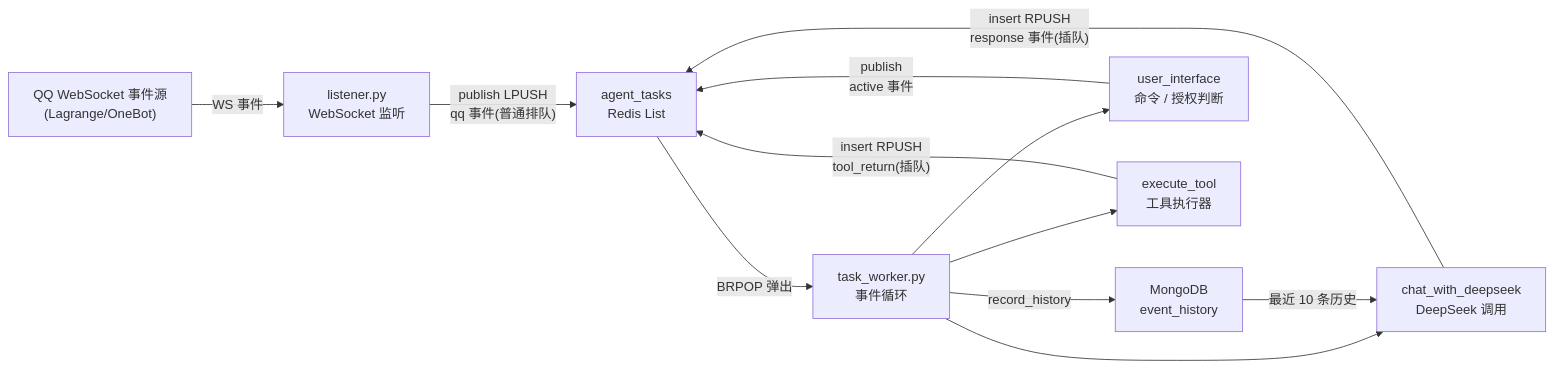
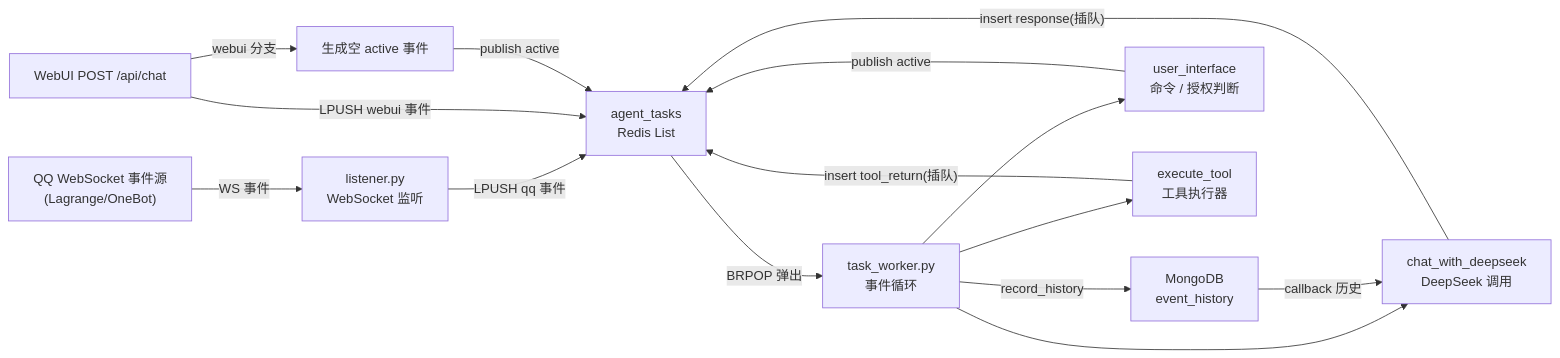
One commit to g-Ironfox/AAgent changed the diagram in docs/01-系统架构.md. Above: the diagram before and after it, drawn with Mermaid. The commit also changed other lines of this file and 13 other files, not shown here.

````diff
--- a/docs/01-系统架构.md
+++ b/docs/01-系统架构.md
@@ -34,14 +34,17 @@
 ```mermaid
 flowchart LR
     WS["QQ WebSocket 事件源<br/>(Lagrange/OneBot)"] -->|"WS 事件"| L["listener.py<br/>WebSocket 监听"]
-    L -->|"publish LPUSH<br/>qq 事件(普通排队)"| Q["agent_tasks<br/>Redis List"]
+    L -->|"LPUSH qq 事件"| Q["agent_tasks<br/>Redis List"]
+    WEB["WebUI POST /api/chat"] -->|"LPUSH webui 事件"| Q
     Q -->|"BRPOP 弹出"| W["task_worker.py<br/>事件循环"]
     W -->|"record_history"| H["MongoDB<br/>event_history"]
     W --> UI["user_interface<br/>命令 / 授权判断"]
-    UI -->|"publish<br/>active 事件"| Q
+    UI -->|"publish active"| Q
+    WEB -->|"webui 分支"| ACTIVE["生成空 active 事件"]
+    ACTIVE -->|"publish active"| Q
     W --> LLM["chat_with_deepseek<br/>DeepSeek 调用"]
-    LLM -->|"insert RPUSH<br/>response 事件(插队)"| Q
+    LLM -->|"insert response(插队)"| Q
     W --> TOOL["execute_tool<br/>工具执行器"]
-    TOOL -->|"insert RPUSH<br/>tool_return(插队)"| Q
-    H -->|"最近 10 条历史"| LLM
+    TOOL -->|"insert tool_return(插队)"| Q
+    H -->|"callback 历史"| LLM
 ```
````
